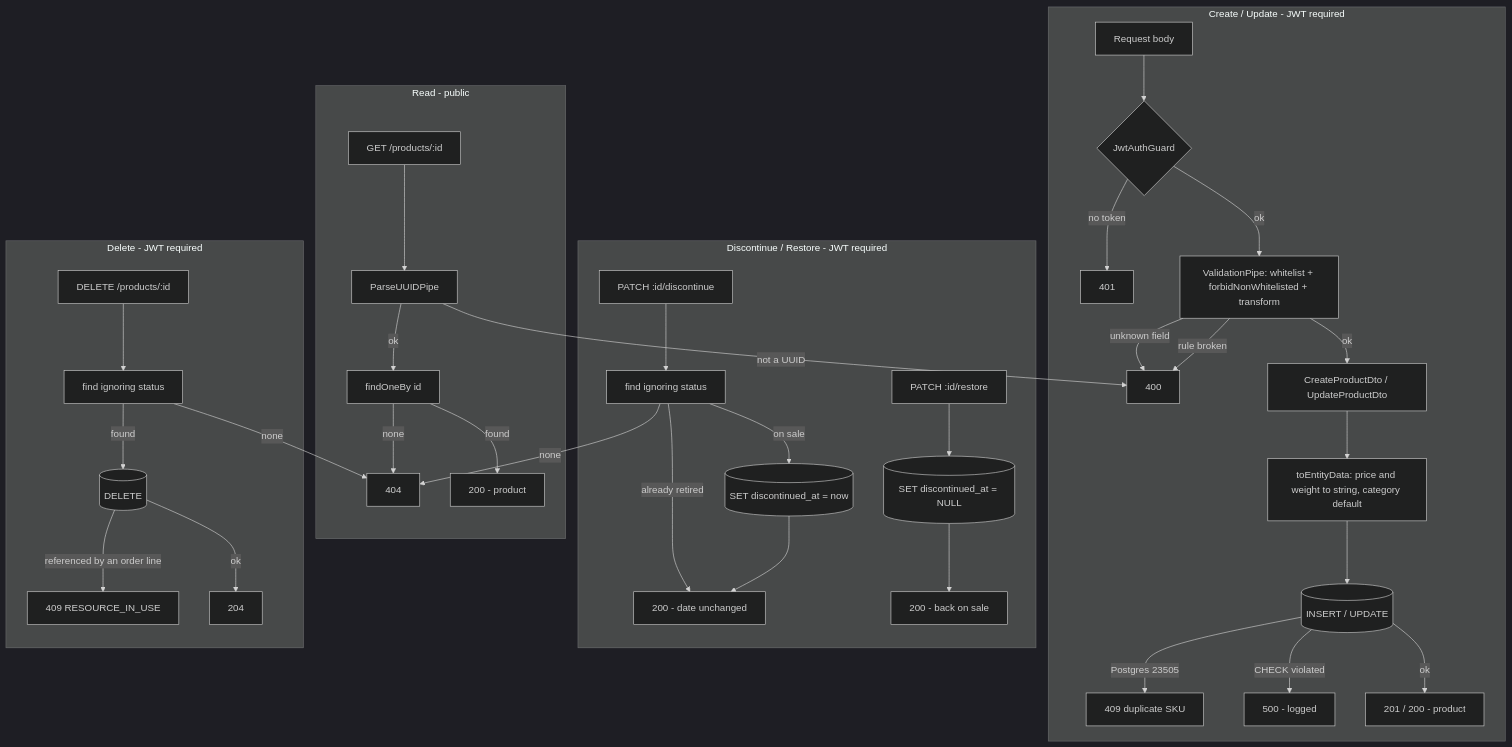
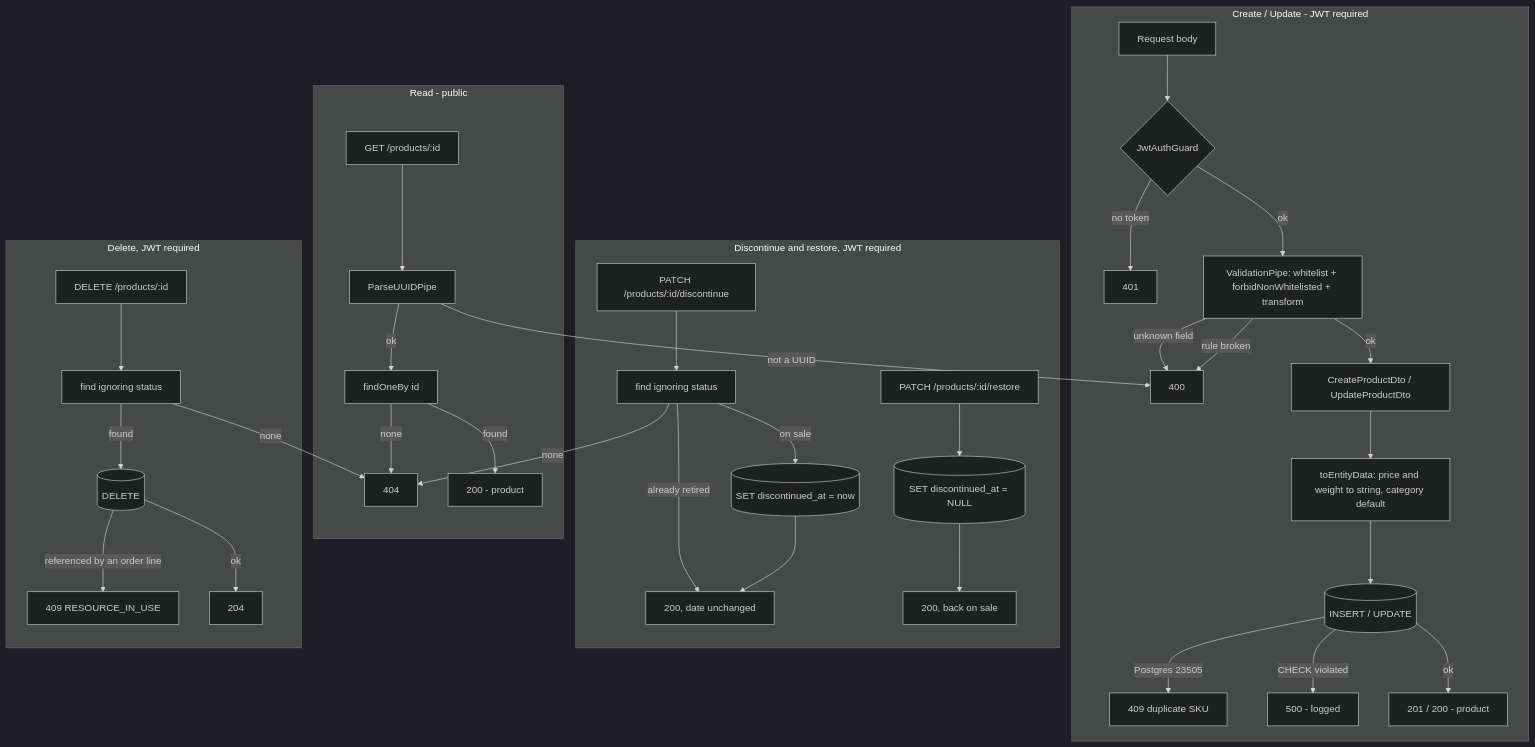
One commit to alejandrogalaz21/e-comerce changed the diagram in docs/processes/P-02-product-crud.md. Above: the diagram before and after it, drawn with Mermaid (dark theme). The commit also changed 1 other file, not shown here.

Commit message:
docs(processes): make the P-02 and P-11 diagrams render on stricter viewers
Both parse on mermaid 9, 10 and 11, but a viewer reported "No diagram type
detected" on the flow. The unquoted constructs are the portable difference:
labels carrying a colon or slash, edge labels with spaces, <br/> inside a
node, and the {{hexagon}} shape.

Every label is now quoted, the line breaks are gone and the hexagon is an
ordinary node. No content changed.

````diff
--- a/docs/processes/P-02-product-crud.md
+++ b/docs/processes/P-02-product-crud.md
@@ -19,42 +19,42 @@
 ```mermaid
 graph TD
     subgraph Write["Create / Update - JWT required"]
         W1[Request body] --> W2{JwtAuthGuard}
         W2 -- no token --> E401[401]
         W2 -- ok --> W3[ValidationPipe: whitelist + forbidNonWhitelisted + transform]
         W3 -- unknown field --> E400[400]
         W3 -- rule broken --> E400
         W3 -- ok --> W4[CreateProductDto / UpdateProductDto]
         W4 --> W5[toEntityData: price and weight to string, category default]
         W5 --> W6[(INSERT / UPDATE)]
         W6 -- Postgres 23505 --> E409[409 duplicate SKU]
         W6 -- CHECK violated --> E500g[500 - logged]
         W6 -- ok --> OK2[201 / 200 - product]
     end
 
     subgraph Read["Read - public"]
         R1[GET /products/:id] --> R2[ParseUUIDPipe]
         R2 -- not a UUID --> E400
         R2 -- ok --> R3[findOneBy id]
         R3 -- none --> E404[404]
         R3 -- found --> OK1[200 - product]
     end
 
-    subgraph Retire["Discontinue / Restore - JWT required"]
-        T1[PATCH :id/discontinue] --> T2[find ignoring status]
+    subgraph Retire["Discontinue and restore, JWT required"]
+        T1["PATCH /products/:id/discontinue"] --> T2["find ignoring status"]
         T2 -- none --> E404
-        T2 -- already retired --> OK4[200 - date unchanged]
-        T2 -- on sale --> T3[(SET discontinued_at = now)]
+        T2 -- "already retired" --> OK4["200, date unchanged"]
+        T2 -- "on sale" --> T3[("SET discontinued_at = now")]
         T3 --> OK4
-        T4[PATCH :id/restore] --> T5[(SET discontinued_at = NULL)]
-        T5 --> OK5[200 - back on sale]
+        T4["PATCH /products/:id/restore"] --> T5[("SET discontinued_at = NULL")]
+        T5 --> OK5["200, back on sale"]
     end
 
-    subgraph Delete["Delete - JWT required"]
-        D1[DELETE /products/:id] --> D2[find ignoring status]
+    subgraph Delete["Delete, JWT required"]
+        D1["DELETE /products/:id"] --> D2["find ignoring status"]
         D2 -- none --> E404
-        D2 -- found --> D3[(DELETE)]
-        D3 -- referenced by an order line --> E409r[409 RESOURCE_IN_USE]
-        D3 -- ok --> OK3[204]
+        D2 -- found --> D3[("DELETE")]
+        D3 -- "referenced by an order line" --> E409r["409 RESOURCE_IN_USE"]
+        D3 -- ok --> OK3["204"]
     end
 ```
````
